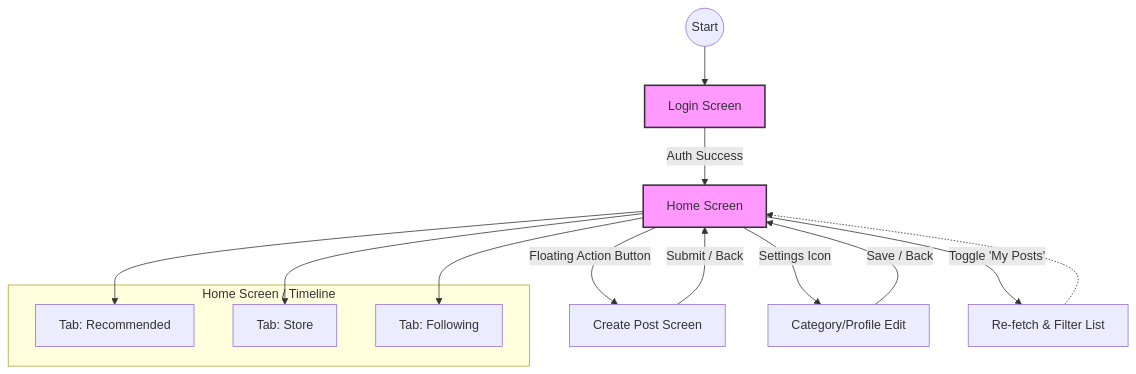
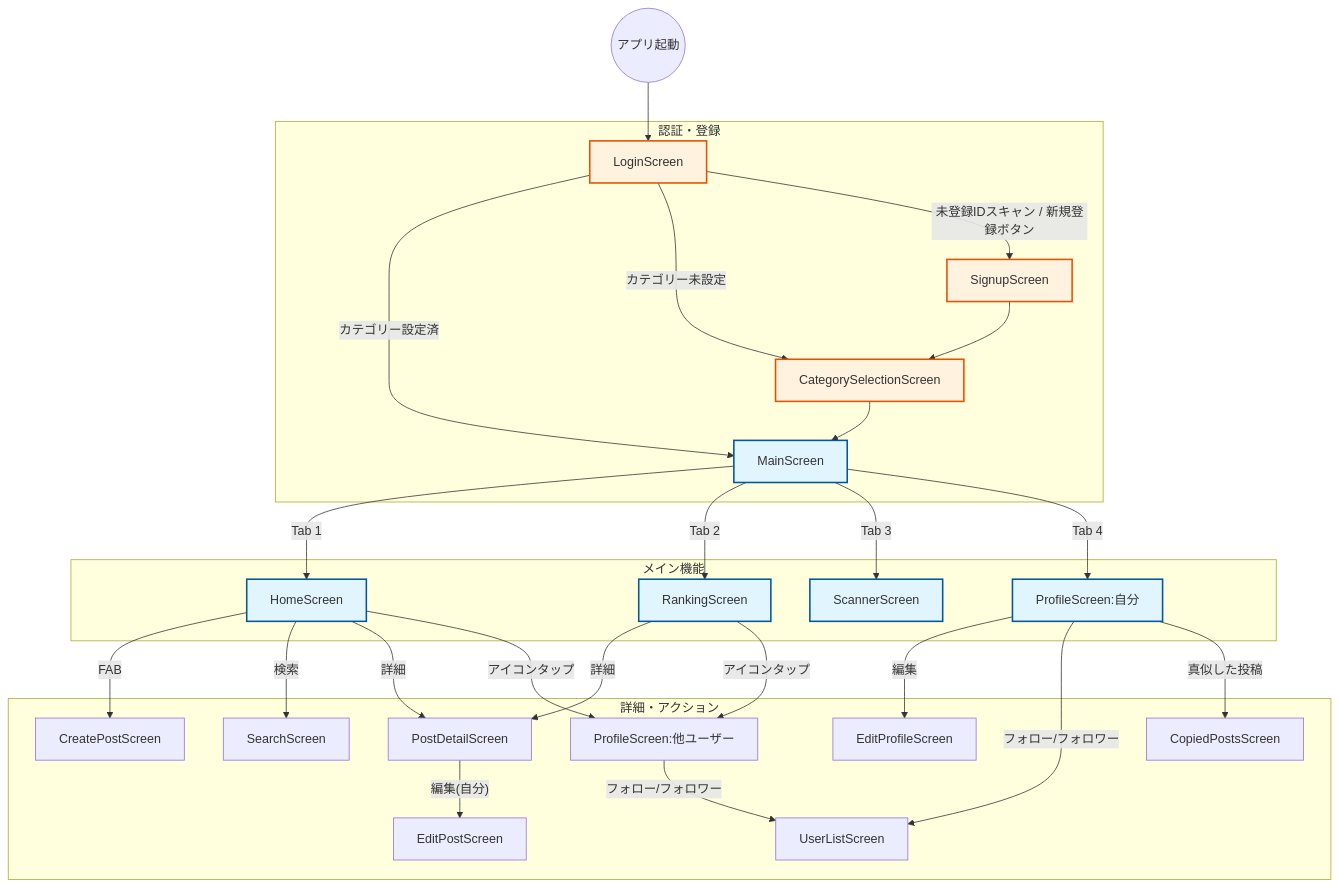
Before and after one commit to IkedaSou-trial/syanaiSNS: the second of 2 diagrams in README.md, drawn with Mermaid.

Commit message:
Update README.md
要件定義完成

````diff
--- a/README.md
+++ b/README.md
@@ -125,32 +125,54 @@
 ```mermaid
 graph TD
-    %% Nodes
-    Start((Start)) --> Login[Login Screen]
-    Login -->|Auth Success| Home[Home Screen]
+    %% --- 初期起動フロー ---
+    Start((アプリ起動)) --> Login[LoginScreen]
 
-    subgraph Home_UI [Home Screen / Timeline]
-        Tab1[Tab: Recommended]
-        Tab2[Tab: Store]
-        Tab3[Tab: Following]
+    %% --- 認証・登録グループ ---
+    subgraph Auth [認証・登録]
+        %% ログイン後の条件分岐 (_navigateAfterLogin)
+        Login -->|カテゴリー設定済| Main[MainScreen]
+        Login -->|カテゴリー未設定| CategorySel[CategorySelectionScreen]
+        
+        %% 新規登録フロー
+        Login -->|"未登録IDスキャン / 新規登録ボタン"| Signup[SignupScreen]
+        Signup --> CategorySel
+        CategorySel --> Main
     end
 
-    Home --> Tab1
-    Home --> Tab2
-    Home --> Tab3
+    %% --- メインナビゲーション (MainScreen管理) ---
+    subgraph AppShell [メイン機能]
+        Main -->|"Tab 1"| Home[HomeScreen]
+        Main -->|"Tab 2"| Ranking[RankingScreen]
+        Main -->|"Tab 3"| Scanner[ScannerScreen]
+        Main -->|"Tab 4"| MyProfile["ProfileScreen:自分"]
+    end
 
-    %% Actions from Home
-    Home -->|Floating Action Button| Create[Create Post Screen]
-    Home -->|Settings Icon| Profile[Category/Profile Edit]
-    
-    %% Toggle Logic
-    Home -->|Toggle 'My Posts'| Refresh[Re-fetch & Filter List]
-    Refresh -.-> Home
+    %% --- 機能詳細フロー ---
+    subgraph Actions [詳細・アクション]
+        %% 投稿関連
+        Home -->|FAB| Create[CreatePostScreen]
+        Home -->|検索| Search[SearchScreen]
+        Home -->|詳細| PostDetail[PostDetailScreen]
+        Ranking -->|詳細| PostDetail
+        
+        %% 編集・削除
+        PostDetail -->|"編集(自分)"| EditPost[EditPostScreen]
 
-    %% Returns
-    Create -->|Submit / Back| Home
-    Profile -->|Save / Back| Home
+        %% プロフィール・ユーザー関連
+        Home -->|アイコンタップ| UserProfile["ProfileScreen:他ユーザー"]
+        Ranking -->|アイコンタップ| UserProfile
+        
+        %% プロフィール内部のアクション
+        MyProfile -->|編集| EditProfile[EditProfileScreen]
+        MyProfile -->|"フォロー/フォロワー"| UserList[UserListScreen]
+        MyProfile -->|真似した投稿| Copied[CopiedPostsScreen]
+        
+        UserProfile -->|"フォロー/フォロワー"| UserList
+    end
 
-    %% Styles
-    classDef main fill:#f9f,stroke:#333,stroke-width:2px;
-    class Home,Login main;
+    %% --- スタイル定義 ---
+    classDef main fill:#e1f5fe,stroke:#01579b,stroke-width:2px;
+    classDef auth fill:#fff3e0,stroke:#e65100,stroke-width:2px;
+    class Main,Home,Ranking,MyProfile,Scanner main;
+    class Login,Signup,CategorySel auth;
 ```
````
